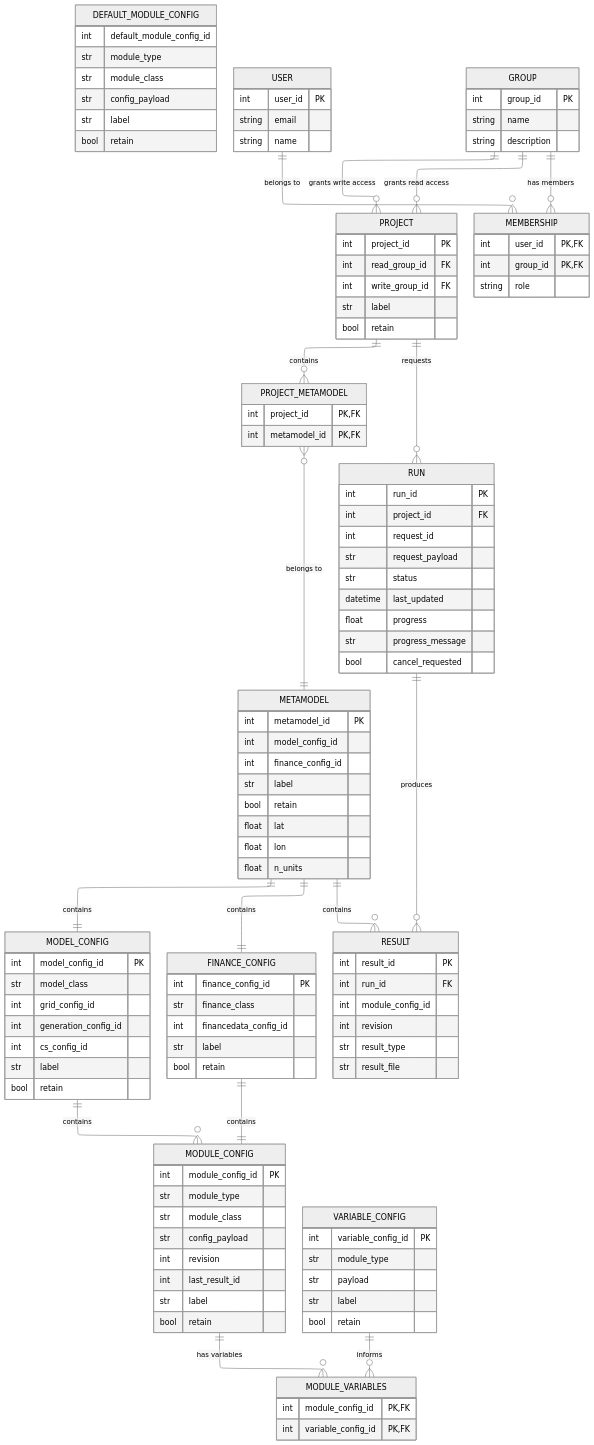
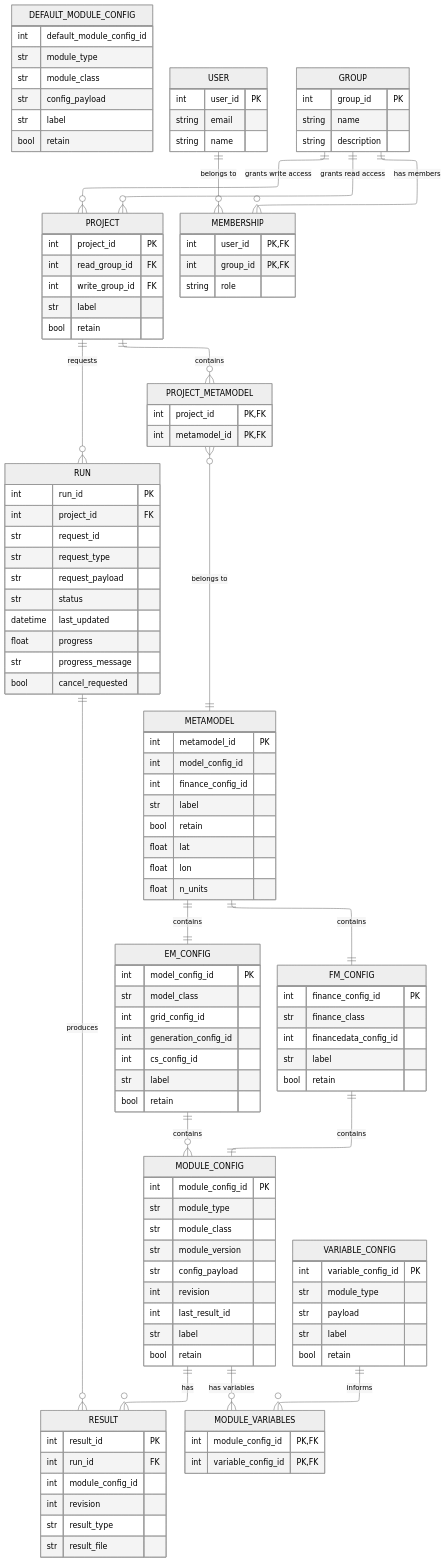
One commit to robyoung88/ca-wu-newsegs-model changed the diagram in docs/database.md. Above: the diagram before and after it, drawn with Mermaid (neutral theme). The commit also changed 7 other files, not shown here.

Commit message:
First attempt at database schema

```diff
--- a/docs/database.md
+++ b/docs/database.md
@@ -10,11 +10,11 @@
 erDiagram
     PROJECT ||--o{ PROJECT_METAMODEL : "contains"
     PROJECT_METAMODEL }o--|| METAMODEL : "belongs to"
-    METAMODEL ||--|| MODEL_CONFIG : contains
-    METAMODEL ||--|| FINANCE_CONFIG : contains
-    METAMODEL ||--o{ RESULT : contains
-    MODEL_CONFIG ||--o{ MODULE_CONFIG : contains
-    FINANCE_CONFIG ||--|| MODULE_CONFIG : contains
+    METAMODEL ||--|| EM_CONFIG : contains
+    METAMODEL ||--|| FM_CONFIG : contains
+    MODULE_CONFIG ||--o{ RESULT : has
+    EM_CONFIG ||--o{ MODULE_CONFIG : contains
+    FM_CONFIG ||--|| MODULE_CONFIG : contains
     
     PROJECT {
         int project_id PK
@@ -37,7 +37,7 @@
         float lon
         float n_units
     }
-    MODEL_CONFIG {
+    EM_CONFIG {
         int model_config_id PK
         str model_class
         int grid_config_id
@@ -46,7 +46,7 @@
         str label
         bool retain
     }
-    FINANCE_CONFIG {
+    FM_CONFIG {
         int finance_config_id PK
         str finance_class
         int financedata_config_id
@@ -58,6 +58,7 @@
         int module_config_id PK
         str module_type
         str module_class
+        str module_version
         str config_payload
         int revision
         int last_result_id
@@ -111,7 +112,8 @@
     RUN {
         int run_id PK
         int project_id FK
-        int request_id
+        str request_id
+        str request_type
         str request_payload
         str status
         datetime last_updated
```
